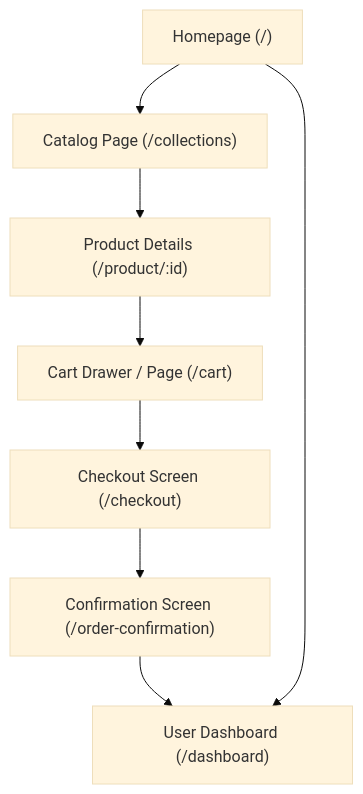
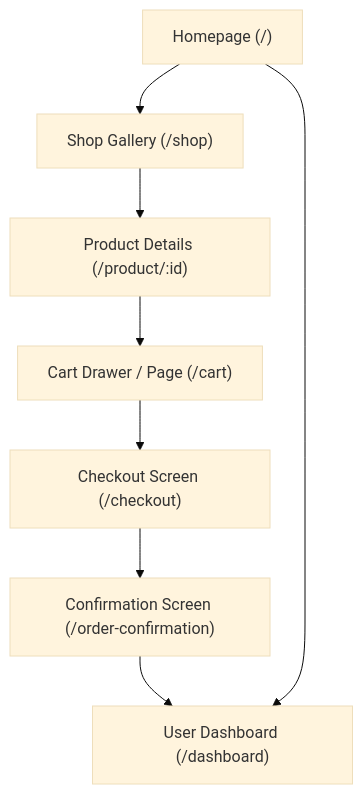
The diagram in SCREENTOUR.md (nandakumar-nandu/LuxeGems), drawn with Mermaid (base theme) before and after one commit. The commit also changed other lines of this file and 8 other files, not shown here.

First line of the commit message:
feat: add ProductCard component and static shop page gallery

````diff
--- a/SCREENTOUR.md
+++ b/SCREENTOUR.md
@@ -49,18 +63,18 @@
 ```mermaid
 graph TD
     HomeUI["Homepage (/)"]
-    CatalogUI["Catalog Page (/collections)"]
+    CatalogUI["Shop Gallery (/shop)"]
     DetailUI["Product Details (/product/:id)"]
     CartUI["Cart Drawer / Page (/cart)"]
     CheckoutUI["Checkout Screen (/checkout)"]
     SuccessUI["Confirmation Screen (/order-confirmation)"]
     DashboardUI["User Dashboard (/dashboard)"]
 
     HomeUI --> CatalogUI
     CatalogUI --> DetailUI
     DetailUI --> CartUI
     CartUI --> CheckoutUI
     CheckoutUI --> SuccessUI
     SuccessUI --> DashboardUI
     HomeUI --> DashboardUI
 ```
````
